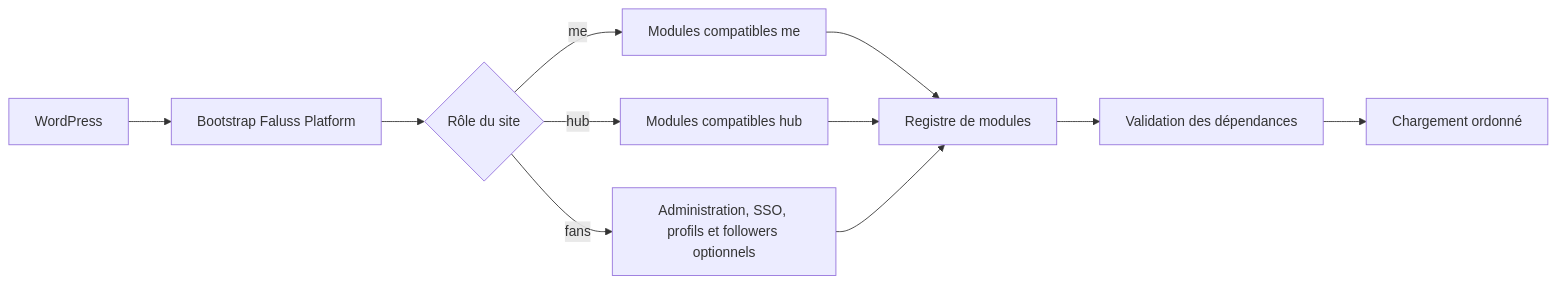
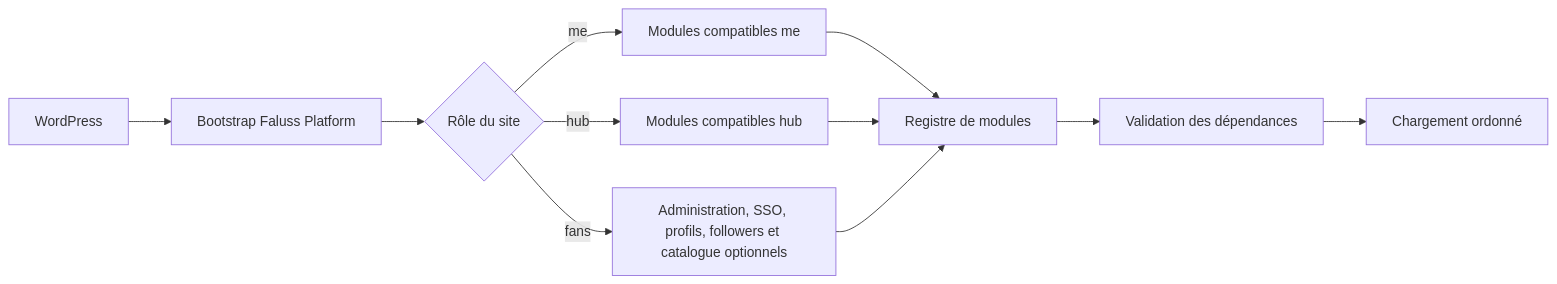
Before and after one commit to Alternative-LAB/faluss-platform: the diagram in docs/ARCHITECTURE.md, drawn with Mermaid. The commit also changed other lines of this file and 14 other files, not shown here.

````diff
--- a/docs/ARCHITECTURE.md
+++ b/docs/ARCHITECTURE.md
@@ -5,13 +5,13 @@
 ```mermaid
 flowchart LR
     WP[WordPress] --> Bootstrap[Bootstrap Faluss Platform]
     Bootstrap --> Role{Rôle du site}
     Role -->|me| Me[Modules compatibles me]
     Role -->|hub| Hub[Modules compatibles hub]
-    Role -->|fans| Fans[Administration, SSO, profils et followers optionnels]
+    Role -->|fans| Fans[Administration, SSO, profils, followers et catalogue optionnels]
     Me --> Registry[Registre de modules]
     Hub --> Registry
     Fans --> Registry
     Registry --> Checks[Validation des dépendances]
     Checks --> Boot[Chargement ordonné]
 ```
````
